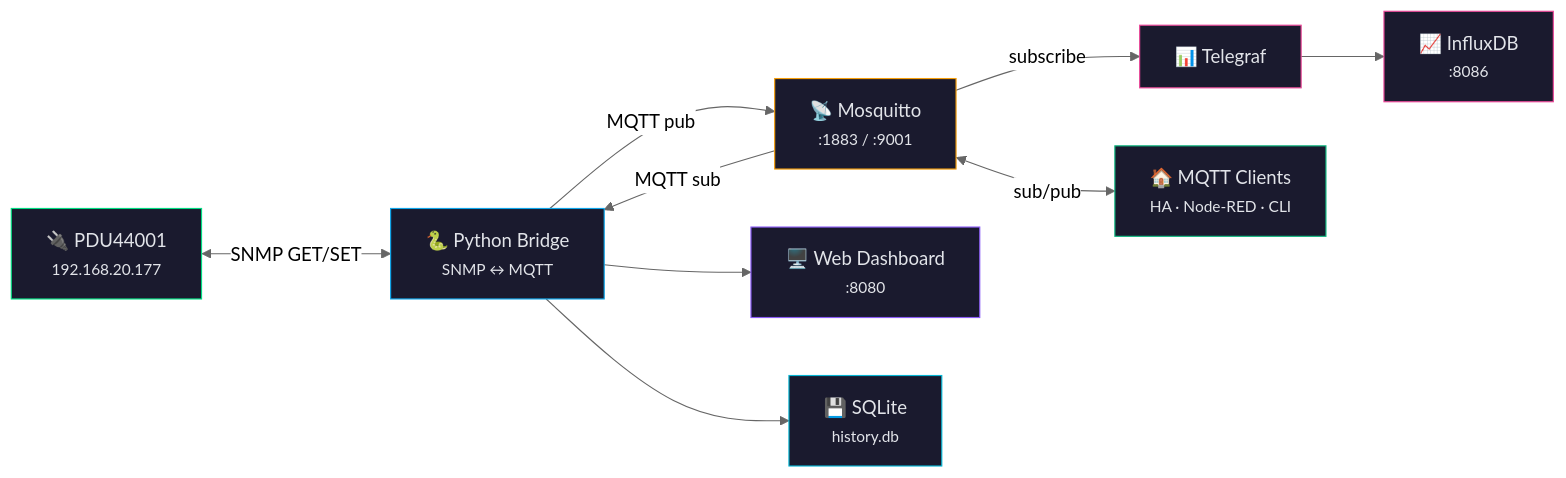
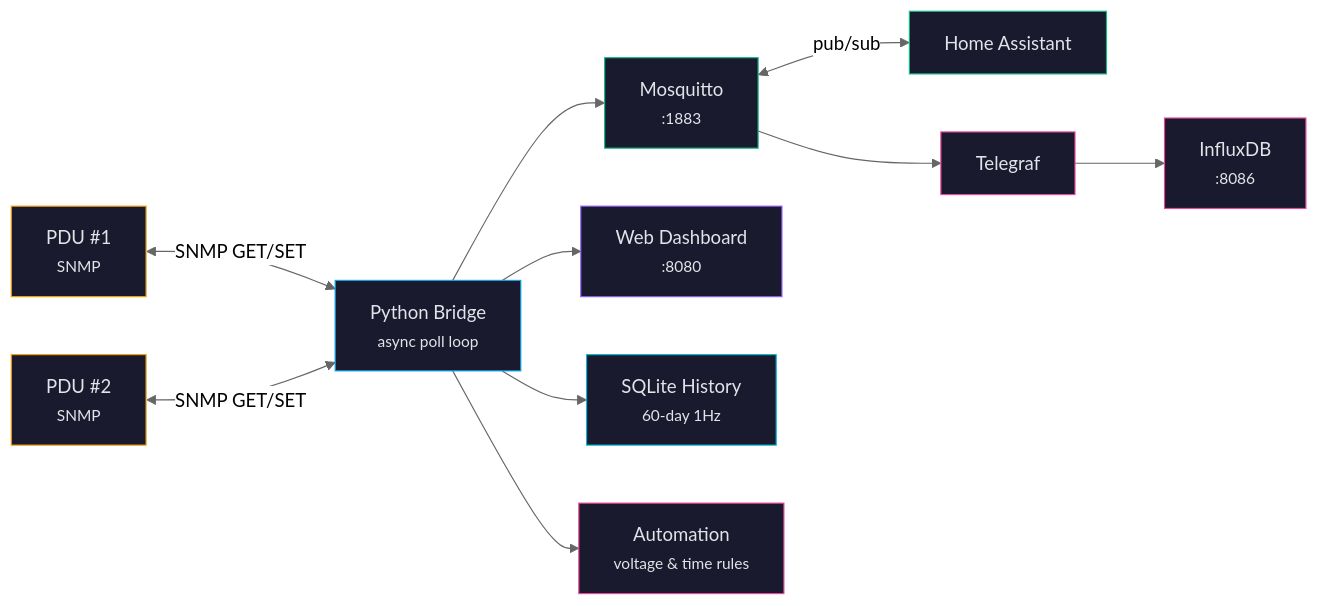
One commit to mvalancy/CyberPower-PDU changed the diagram in README.md. Above: the diagram before and after it, drawn with Mermaid (neutral theme). The commit also changed other lines of this file and 9 other files, not shown here.

````diff
--- a/README.md
+++ b/README.md
@@ -9,29 +43,33 @@
 ```mermaid
 graph LR
-    PDU["🔌 PDU44001<br/><small>192.168.20.177</small>"]
-    Bridge["🐍 Python Bridge<br/><small>SNMP ↔ MQTT</small>"]
-    MQTT["📡 Mosquitto<br/><small>:1883 / :9001</small>"]
-    WebUI["🖥️ Web Dashboard<br/><small>:8080</small>"]
-    SQLite["💾 SQLite<br/><small>history.db</small>"]
-    Telegraf["📊 Telegraf"]
-    InfluxDB["📈 InfluxDB<br/><small>:8086</small>"]
-    Clients["🏠 MQTT Clients<br/><small>HA · Node-RED · CLI</small>"]
+    PDU1["PDU #1<br/><small>SNMP</small>"]
+    PDU2["PDU #2<br/><small>SNMP</small>"]
+    Bridge["Python Bridge<br/><small>async poll loop</small>"]
+    MQTT["Mosquitto<br/><small>:1883</small>"]
+    WebUI["Web Dashboard<br/><small>:8080</small>"]
+    SQLite["SQLite History<br/><small>60-day 1Hz</small>"]
+    Rules["Automation<br/><small>voltage &amp; time rules</small>"]
+    HA["Home Assistant"]
+    Telegraf["Telegraf"]
+    InfluxDB["InfluxDB<br/><small>:8086</small>"]
 
-    PDU <-->|"SNMP GET/SET"| Bridge
-    Bridge -->|"MQTT pub"| MQTT
-    MQTT -->|"MQTT sub"| Bridge
+    PDU1 <-->|"SNMP GET/SET"| Bridge
+    PDU2 <-->|"SNMP GET/SET"| Bridge
+    Bridge --> MQTT
+    Bridge --> WebUI
     Bridge --> SQLite
-    Bridge --> WebUI
-    MQTT -->|"subscribe"| Telegraf
-    Telegraf --> InfluxDB
-    MQTT <-->|"sub/pub"| Clients
+    Bridge --> Rules
+    MQTT <-->|"pub/sub"| HA
+    MQTT --> Telegraf --> InfluxDB
 
-    style PDU fill:#1a1a2e,stroke:#00dc82,color:#e2e4e9
+    style PDU1 fill:#1a1a2e,stroke:#f59e0b,color:#e2e4e9
+    style PDU2 fill:#1a1a2e,stroke:#f59e0b,color:#e2e4e9
     style Bridge fill:#1a1a2e,stroke:#0ea5e9,color:#e2e4e9
-    style MQTT fill:#1a1a2e,stroke:#f59e0b,color:#e2e4e9
+    style MQTT fill:#1a1a2e,stroke:#10b981,color:#e2e4e9
     style WebUI fill:#1a1a2e,stroke:#8b5cf6,color:#e2e4e9
     style SQLite fill:#1a1a2e,stroke:#06b6d4,color:#e2e4e9
+    style Rules fill:#1a1a2e,stroke:#ec4899,color:#e2e4e9
+    style HA fill:#1a1a2e,stroke:#10b981,color:#e2e4e9
     style Telegraf fill:#1a1a2e,stroke:#ec4899,color:#e2e4e9
     style InfluxDB fill:#1a1a2e,stroke:#ec4899,color:#e2e4e9
-    style Clients fill:#1a1a2e,stroke:#10b981,color:#e2e4e9
 ```
````
